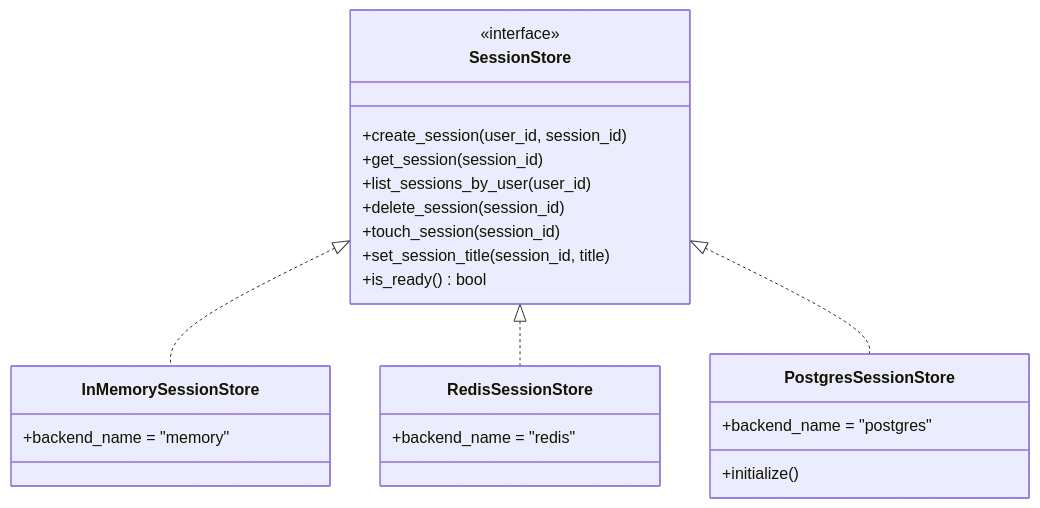
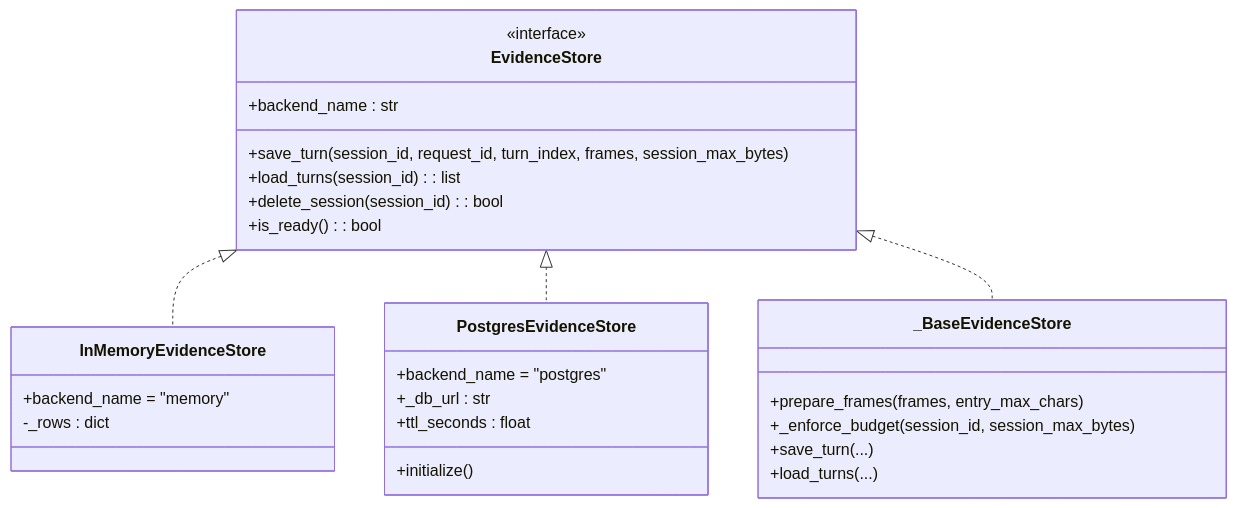
The fifth of 8 diagrams in .qoder/repowiki/en/content/Architecture Documentation/SPEC-025_ Evidence Persistence in Transcripts.md (metasync/luban-aiops), drawn with Mermaid before and after one commit. The commit also changed other lines of this file and 26 other files, not shown here.

````diff
--- a/.qoder/repowiki/en/content/Architecture Documentation/SPEC-025_ Evidence Persistence in Transcripts.md
+++ b/.qoder/repowiki/en/content/Architecture Documentation/SPEC-025_ Evidence Persistence in Transcripts.md
@@ -183,26 +192,30 @@
 ```mermaid
 classDiagram
-class SessionStore {
+class EvidenceStore {
 <<interface>>
-+create_session(user_id, session_id)
-+get_session(session_id)
-+list_sessions_by_user(user_id)
-+delete_session(session_id)
-+touch_session(session_id)
-+set_session_title(session_id, title)
-+is_ready() bool
++backend_name : str
++save_turn(session_id, request_id, turn_index, frames, session_max_bytes)
++load_turns(session_id) : list
++delete_session(session_id) : bool
++is_ready() : bool
 }
-class InMemorySessionStore {
+class InMemoryEvidenceStore {
 +backend_name = "memory"
+-_rows : dict
 }
-class RedisSessionStore {
-+backend_name = "redis"
-}
-class PostgresSessionStore {
+class PostgresEvidenceStore {
 +backend_name = "postgres"
++_db_url : str
++ttl_seconds : float
 +initialize()
 }
-SessionStore <|.. InMemorySessionStore
-SessionStore <|.. RedisSessionStore
-SessionStore <|.. PostgresSessionStore
+class _BaseEvidenceStore {
++prepare_frames(frames, entry_max_chars)
++_enforce_budget(session_id, session_max_bytes)
++save_turn(...)
++load_turns(...)
+}
+EvidenceStore <|.. InMemoryEvidenceStore
+EvidenceStore <|.. PostgresEvidenceStore
+EvidenceStore <|.. _BaseEvidenceStore
 ```
````
